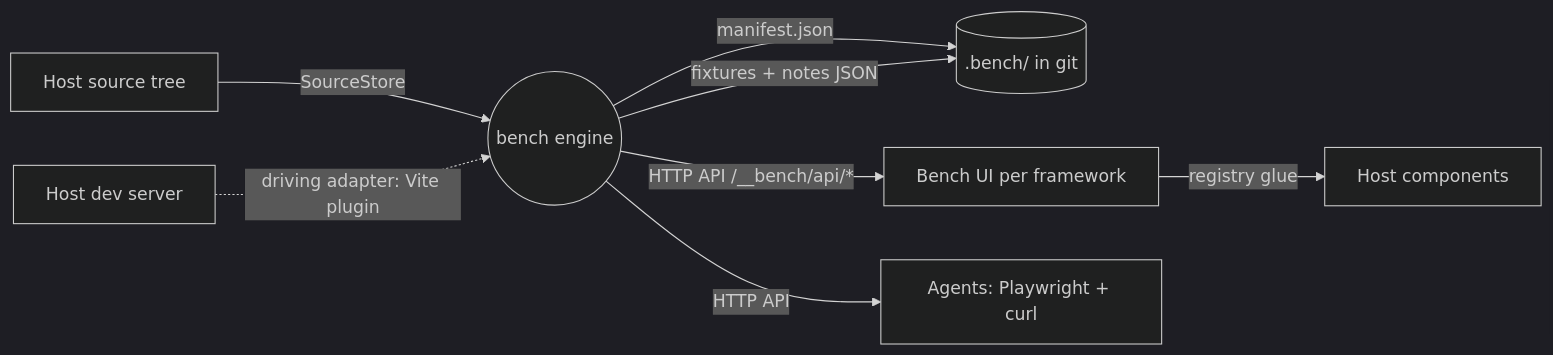
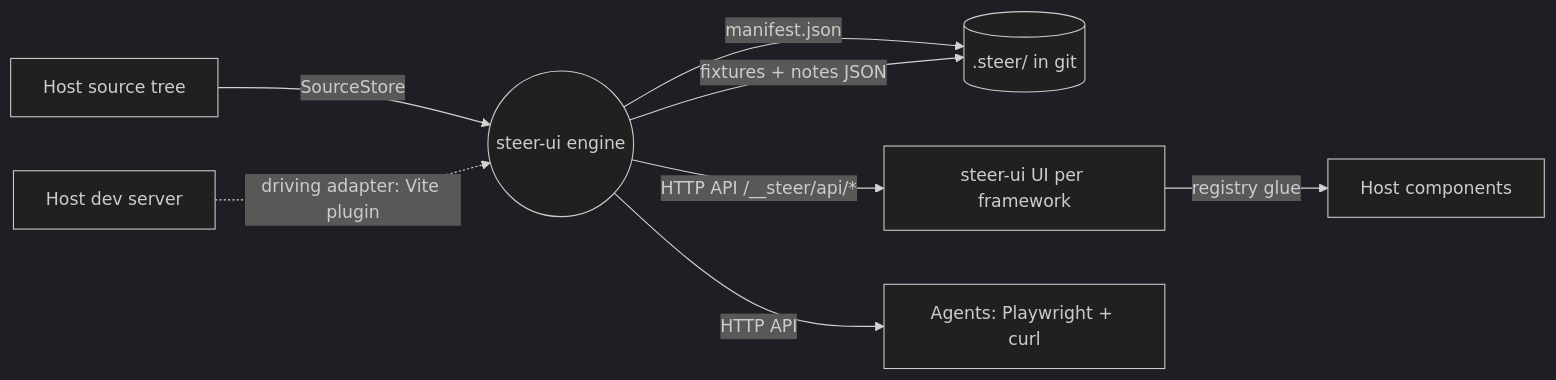
The diagram in SPEC.md (andresCamp/steer-ui), drawn with Mermaid (dark theme) before and after one commit. The commit also changed other lines of this file and 71 other files, not shown here.

First line of the commit message:
rename: bench -> steer-ui

````diff
--- a/SPEC.md
+++ b/SPEC.md
@@ -68,10 +70,10 @@
 ```mermaid
 graph LR
-  SRC[Host source tree] -->|SourceStore| E((bench engine))
-  E -->|manifest.json| B[(.bench/ in git)]
+  SRC[Host source tree] -->|SourceStore| E((steer-ui engine))
+  E -->|manifest.json| B[(.steer/ in git)]
   E -->|fixtures + notes JSON| B
-  E -->|HTTP API /__bench/api/*| UI[Bench UI per framework]
+  E -->|HTTP API /__steer/api/*| UI[steer-ui UI per framework]
   E -->|HTTP API| A[Agents: Playwright + curl]
   H[Host dev server] -.->|driving adapter: Vite plugin| E
   UI -->|registry glue| APP[Host components]
 ```
````
